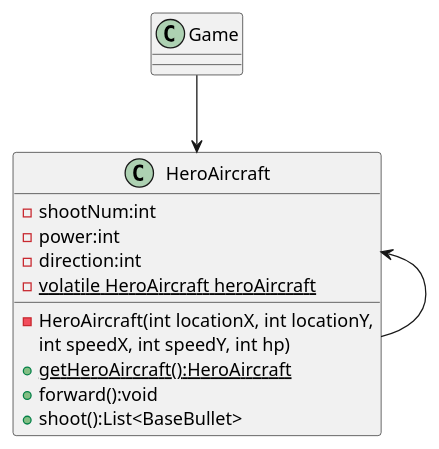
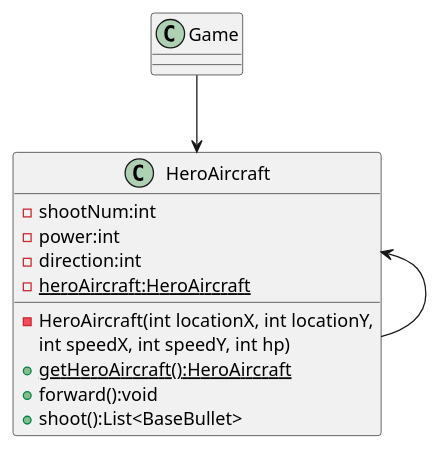
Before and after one commit to HaHaRen6/AircraftWar-base: the diagram in uml/Singleton.puml, drawn with PlantUML. The commit also changed 3 other files, not shown here.

Commit message:
lab2 uml better better

```diff
--- a/uml/Singleton.puml
+++ b/uml/Singleton.puml
@@ -1,22 +1,22 @@
 @startuml Singleton
 
 class Game {
-
 }
 Game --> HeroAircraft
+
 
 class HeroAircraft {
     - shootNum:int
     - power:int
     - direction:int
-    - {static} volatile HeroAircraft heroAircraft
+    - {static} heroAircraft:HeroAircraft
 
     - HeroAircraft(int locationX, int locationY,
         int speedX, int speedY, int hp)
     + {static}getHeroAircraft():HeroAircraft
     + forward():void
     + shoot():List<BaseBullet>
 }
 HeroAircraft <-- HeroAircraft
 
 @enduml
```
